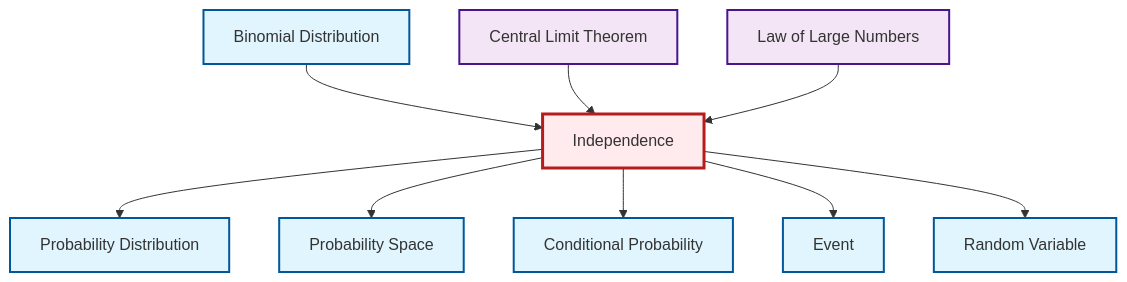
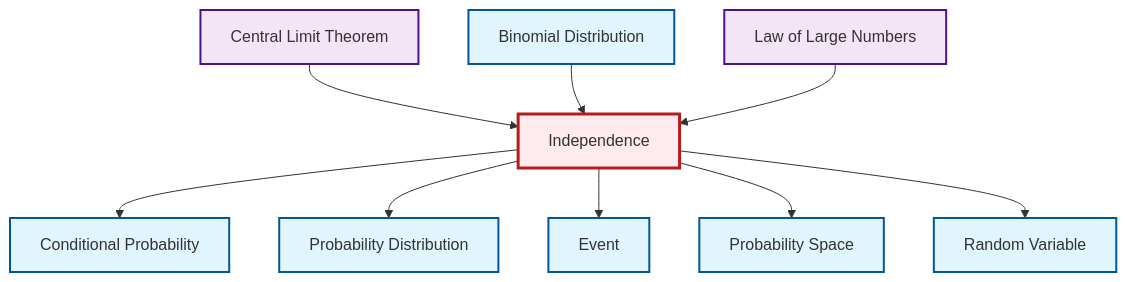
One commit to RK0429/ModernMath changed the diagram in output/mermaid/en/def-independence.mermaid. Above: the diagram before and after it, drawn with Mermaid. The commit also changed other lines of this file and 3110 other files, not shown here.

```diff
--- a/output/mermaid/en/def-independence.mermaid
+++ b/output/mermaid/en/def-independence.mermaid
@@ -1,24 +1,24 @@
 graph TD
     classDef definition fill:#e1f5fe,stroke:#01579b,stroke-width:2px
     classDef theorem fill:#f3e5f5,stroke:#4a148c,stroke-width:2px
     classDef axiom fill:#fff3e0,stroke:#e65100,stroke-width:2px
     classDef example fill:#e8f5e9,stroke:#1b5e20,stroke-width:2px
     classDef current fill:#ffebee,stroke:#b71c1c,stroke-width:3px
+    def-conditional-probability["Conditional Probability"]:::definition
+    def-independence["Independence"]:::definition
+    def-random-variable["Random Variable"]:::definition
     def-probability-space["Probability Space"]:::definition
+    def-binomial-distribution["Binomial Distribution"]:::definition
     def-event["Event"]:::definition
+    thm-central-limit["Central Limit Theorem"]:::theorem
+    def-probability-distribution["Probability Distribution"]:::definition
     thm-law-of-large-numbers["Law of Large Numbers"]:::theorem
-    def-independence["Independence"]:::definition
-    thm-central-limit["Central Limit Theorem"]:::theorem
-    def-random-variable["Random Variable"]:::definition
-    def-probability-distribution["Probability Distribution"]:::definition
-    def-binomial-distribution["Binomial Distribution"]:::definition
-    def-conditional-probability["Conditional Probability"]:::definition
+    thm-central-limit --> def-independence
+    def-binomial-distribution --> def-independence
+    def-independence --> def-conditional-probability
+    thm-law-of-large-numbers --> def-independence
     def-independence --> def-probability-distribution
-    def-binomial-distribution --> def-independence
-    thm-central-limit --> def-independence
+    def-independence --> def-event
     def-independence --> def-probability-space
-    def-independence --> def-conditional-probability
-    def-independence --> def-event
-    thm-law-of-large-numbers --> def-independence
     def-independence --> def-random-variable
     class def-independence current
```
